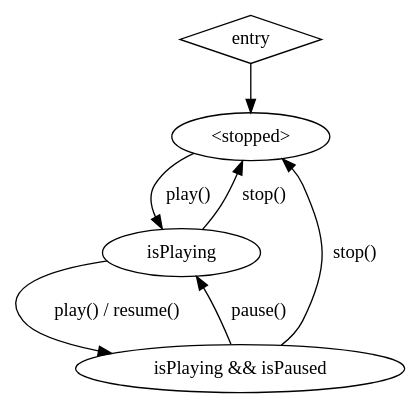
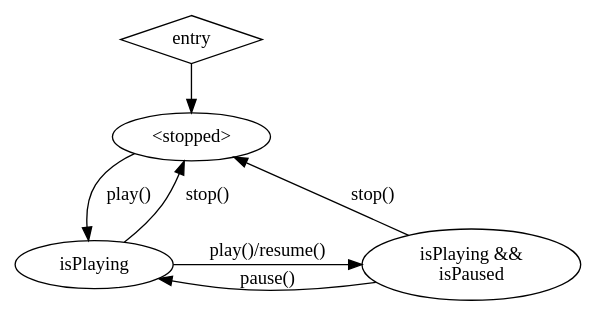
One commit to cocos/cocos-docs changed the diagram in zh/engine/animation/playback-control.dot. Above: the diagram before and after it, drawn with Graphviz. The commit also changed 4 other files, not shown here.

```diff
--- a/zh/engine/animation/playback-control.dot
+++ b/zh/engine/animation/playback-control.dot
@@ -1,19 +1,22 @@
 strict digraph {
     graph [fontname = "consolas"];
     node [fontname = "consolas"];
     edge [fontname = "consolas"];
 
     entry [labe="<entry>",shape="diamond"]
-    playing [label="isPlaying"]
-    playingPaused [label="isPlaying && isPaused"]
+    {
+        rank=same;
+        playing [label="isPlaying"]
+        playingPaused [label="isPlaying &&\nisPaused"]
+    }
     stopped [label="<stopped>"]
 
     entry -> stopped
 
     stopped -> playing [label="play()"]
-    playing -> playingPaused [label="play() / resume()"]
+    playing -> playingPaused [label="play()/resume()"]
     playingPaused -> playing [label="pause()"]
 
     playing -> stopped [label="stop()"]
     playingPaused -> stopped [label="stop()"]
 }
```
